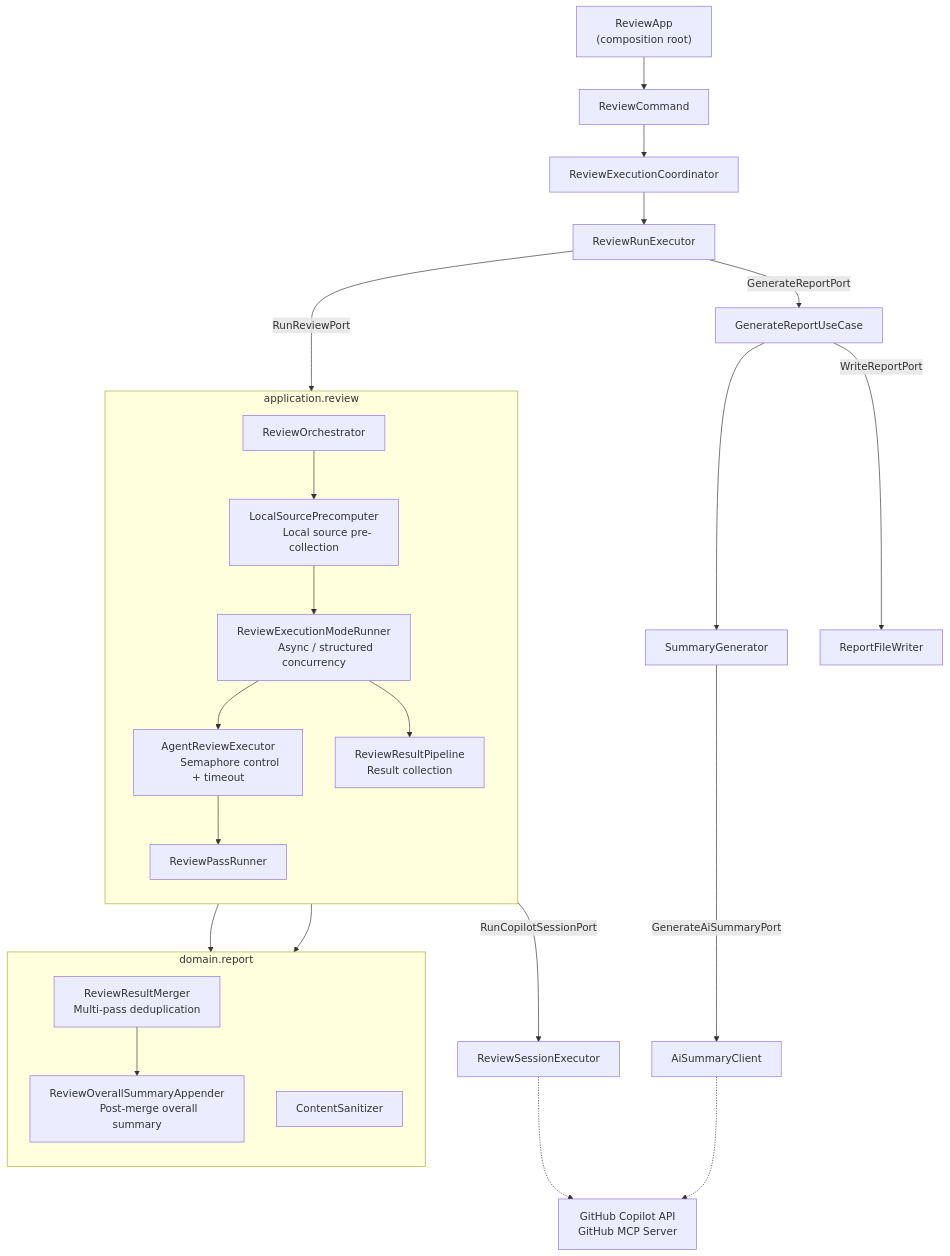
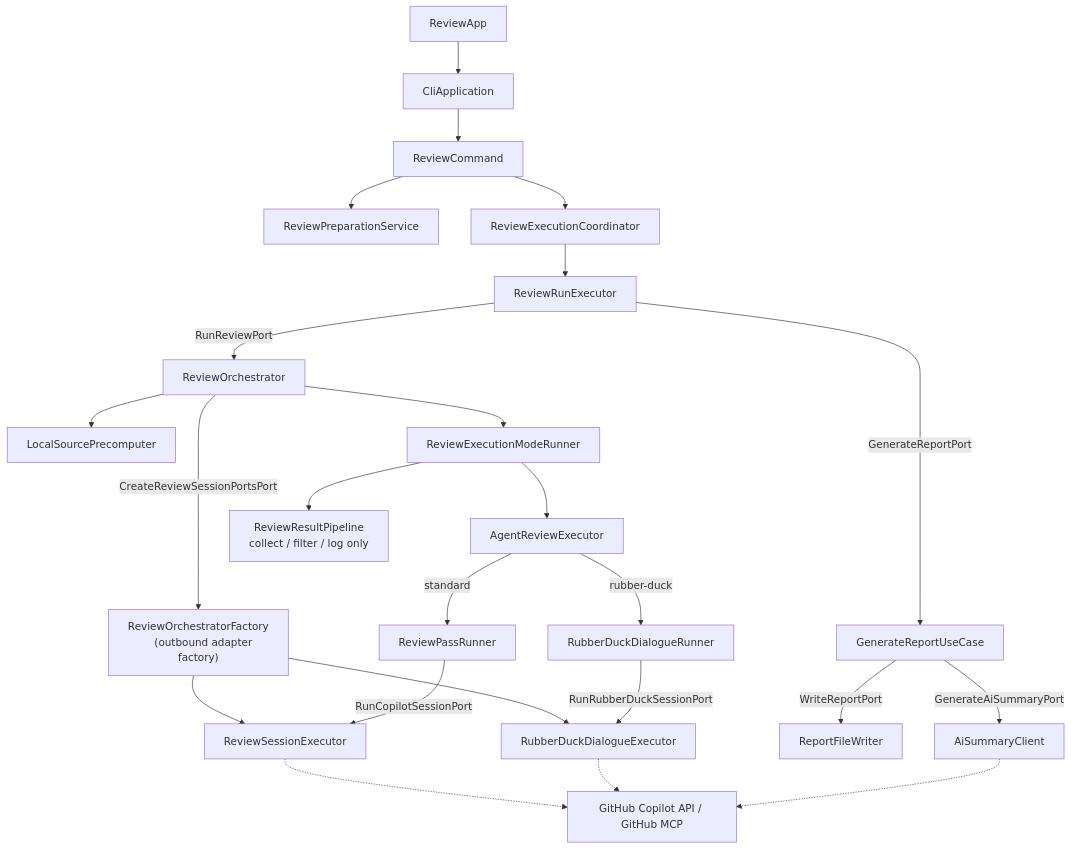
The second of 2 diagrams in README_en.md (anishi1222/multi-agent-code-reviewer), drawn with Mermaid before and after one commit. The commit also changed other lines of this file and 261 other files, not shown here.

First line of the commit message:
anishi1222 layered architecture rebuild (#251)

````diff
--- a/README_en.md
+++ b/README_en.md
@@ -886,45 +935,31 @@
 ```mermaid
 flowchart TB
-    ReviewApp["ReviewApp
-    (composition root)"] --> ReviewCommand
+    ReviewApp --> CliApplication
+    CliApplication --> ReviewCommand
+    ReviewCommand --> ReviewPreparationService
     ReviewCommand --> ReviewExecutionCoordinator
     ReviewExecutionCoordinator --> ReviewRunExecutor
 
     ReviewRunExecutor -->|RunReviewPort| ReviewOrchestrator
+    ReviewOrchestrator --> LocalSourcePrecomputer
+    ReviewOrchestrator -->|CreateReviewSessionPortsPort| SessionFactory["ReviewOrchestratorFactory
+    (outbound adapter factory)"]
+    ReviewOrchestrator --> ReviewExecutionModeRunner
+    ReviewExecutionModeRunner --> AgentReviewExecutor
+    AgentReviewExecutor -->|standard| ReviewPassRunner
+    AgentReviewExecutor -->|rubber-duck| RubberDuckDialogueRunner
+    ReviewExecutionModeRunner --> ReviewResultPipeline["ReviewResultPipeline
+    collect / filter / log only"]
 
-    subgraph APP["application.review"]
-        direction TB
-        ReviewOrchestrator --> LocalSourcePrecomputer["LocalSourcePrecomputer
-        Local source pre-collection"]
-        LocalSourcePrecomputer --> ReviewExecutionModeRunner["ReviewExecutionModeRunner
-        Async / structured concurrency"]
-        ReviewExecutionModeRunner --> AgentReviewExecutor["AgentReviewExecutor
-        Semaphore control + timeout"]
-        AgentReviewExecutor --> ReviewPassRunner
-        ReviewExecutionModeRunner --> ReviewResultPipeline["ReviewResultPipeline
-        Result collection"]
-    end
-
-    subgraph DOM["domain.report"]
-        direction TB
-        ReviewResultMerger["ReviewResultMerger
-        Multi-pass deduplication"]
-        ReviewOverallSummaryAppender["ReviewOverallSummaryAppender
-        Post-merge overall summary"]
-        ContentSanitizer
-    end
-
+    SessionFactory --> ReviewSessionExecutor
+    SessionFactory --> RubberDuckDialogueExecutor
     ReviewPassRunner -->|RunCopilotSessionPort| ReviewSessionExecutor
-    ReviewPassRunner --> ContentSanitizer
-    ReviewResultPipeline --> ReviewResultMerger
-    ReviewResultMerger --> ReviewOverallSummaryAppender
+    RubberDuckDialogueRunner -->|RunRubberDuckSessionPort| RubberDuckDialogueExecutor
 
     ReviewRunExecutor -->|GenerateReportPort| GenerateReportUseCase
-    GenerateReportUseCase --> SummaryGenerator
     GenerateReportUseCase -->|WriteReportPort| ReportFileWriter
-    SummaryGenerator -->|GenerateAiSummaryPort| AiSummaryClient
-
-    ReviewSessionExecutor -.-> Ext["GitHub Copilot API
-    GitHub MCP Server"]
+    GenerateReportUseCase -->|GenerateAiSummaryPort| AiSummaryClient
+    ReviewSessionExecutor -.-> Ext["GitHub Copilot API / GitHub MCP"]
+    RubberDuckDialogueExecutor -.-> Ext
     AiSummaryClient -.-> Ext
 ```
````
